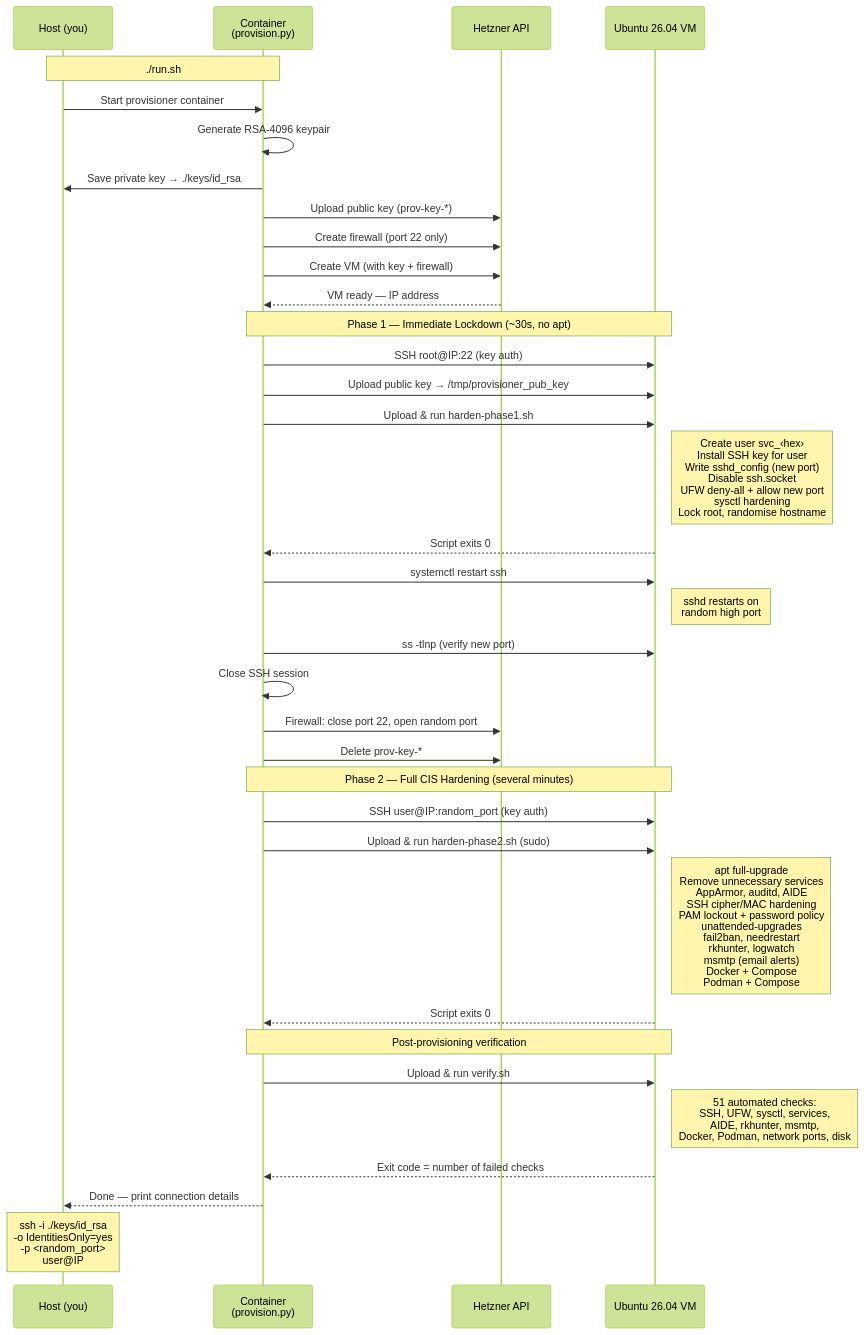
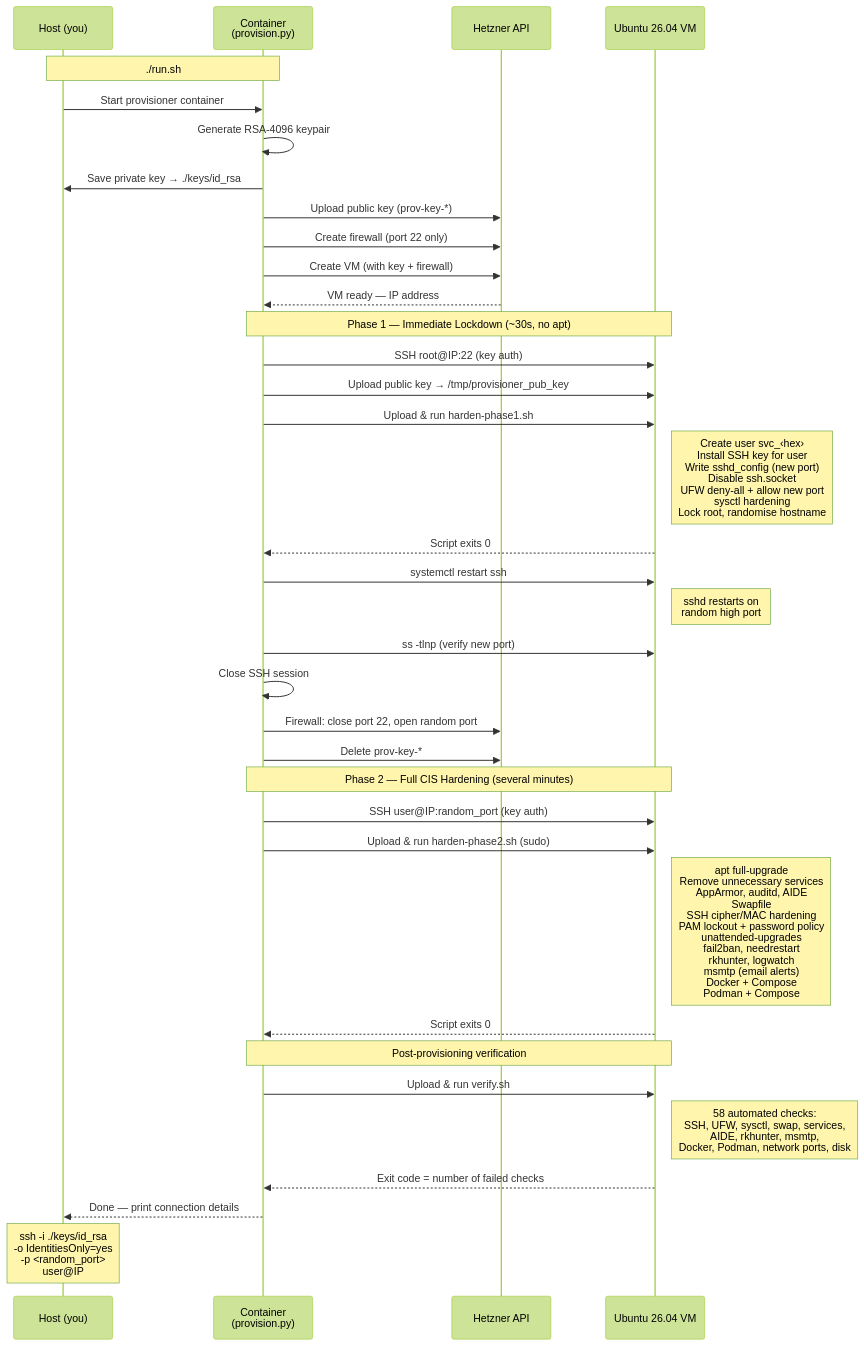
One commit to carlok/Ubuntu-Hardening changed the first of 2 diagrams in README.md. Above: the diagram before and after it, drawn with Mermaid (forest theme). The commit also changed other lines of this file and 2 other files, not shown here.

Commit message:
feat: add default swapfile provisioning

````diff
--- a/README.md
+++ b/README.md
@@ -73,45 +73,45 @@
 ```mermaid
 sequenceDiagram
     participant H as Host (you)
     participant C as Container<br/>(provision.py)
     participant API as Hetzner API
     participant VM as Ubuntu 26.04 VM
 
     Note over H,C: ./run.sh
 
     H->>C: Start provisioner container
     C->>C: Generate RSA-4096 keypair
     C->>H: Save private key → ./keys/id_rsa
     C->>API: Upload public key (prov-key-*)
     C->>API: Create firewall (port 22 only)
     C->>API: Create VM (with key + firewall)
     API-->>C: VM ready — IP address
 
     Note over C,VM: Phase 1 — Immediate Lockdown (~30s, no apt)
     C->>VM: SSH root@IP:22 (key auth)
     C->>VM: Upload public key → /tmp/provisioner_pub_key
     C->>VM: Upload & run harden-phase1.sh
     Note right of VM: Create user svc_‹hex›<br/>Install SSH key for user<br/>Write sshd_config (new port)<br/>Disable ssh.socket<br/>UFW deny-all + allow new port<br/>sysctl hardening<br/>Lock root, randomise hostname
     VM-->>C: Script exits 0
     C->>VM: systemctl restart ssh
     Note right of VM: sshd restarts on<br/>random high port
     C->>VM: ss -tlnp (verify new port)
     C->>C: Close SSH session
 
     C->>API: Firewall: close port 22, open random port
     C->>API: Delete prov-key-*
 
     Note over C,VM: Phase 2 — Full CIS Hardening (several minutes)
     C->>VM: SSH user@IP:random_port (key auth)
     C->>VM: Upload & run harden-phase2.sh (sudo)
-    Note right of VM: apt full-upgrade<br/>Remove unnecessary services<br/>AppArmor, auditd, AIDE<br/>SSH cipher/MAC hardening<br/>PAM lockout + password policy<br/>unattended-upgrades<br/>fail2ban, needrestart<br/>rkhunter, logwatch<br/>msmtp (email alerts)<br/>Docker + Compose<br/>Podman + Compose
+    Note right of VM: apt full-upgrade<br/>Remove unnecessary services<br/>AppArmor, auditd, AIDE<br/>Swapfile<br/>SSH cipher/MAC hardening<br/>PAM lockout + password policy<br/>unattended-upgrades<br/>fail2ban, needrestart<br/>rkhunter, logwatch<br/>msmtp (email alerts)<br/>Docker + Compose<br/>Podman + Compose
     VM-->>C: Script exits 0
 
     Note over C,VM: Post-provisioning verification
     C->>VM: Upload & run verify.sh
-    Note right of VM: 51 automated checks:<br/>SSH, UFW, sysctl, services,<br/>AIDE, rkhunter, msmtp,<br/>Docker, Podman, network ports, disk
+    Note right of VM: 58 automated checks:<br/>SSH, UFW, sysctl, swap, services,<br/>AIDE, rkhunter, msmtp,<br/>Docker, Podman, network ports, disk
     VM-->>C: Exit code = number of failed checks
 
     C-->>H: Done — print connection details
     Note over H: ssh -i ./keys/id_rsa<br/>-o IdentitiesOnly=yes<br/>-p <random_port><br/>user@IP
 ```
````
